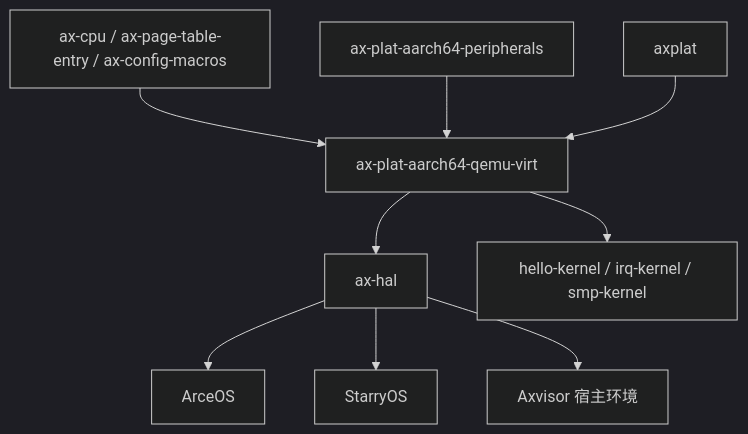
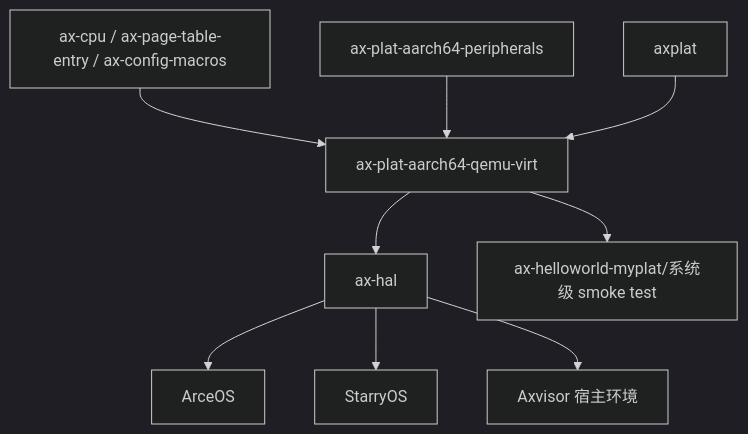
Before and after one commit to rcore-os/tgoskits: the second of 2 diagrams in docs/docs/components/crates/ax-plat-aarch64-qemu-virt.md, drawn with Mermaid (dark theme). The commit also changed other lines of this file and 42 other files, not shown here.

First line of the commit message:
Remove hello-kernel, irq-kernel, and smp-kernel examples

````diff
--- a/docs/docs/components/crates/ax-plat-aarch64-qemu-virt.md
+++ b/docs/docs/components/crates/ax-plat-aarch64-qemu-virt.md
@@ -216,11 +213,11 @@
 ```mermaid
 graph TD
     A[ax-cpu / ax-page-table-entry / ax-config-macros] --> B[ax-plat-aarch64-qemu-virt]
     C[ax-plat-aarch64-peripherals] --> B
     D[axplat] --> B
     B --> E[ax-hal]
-    B --> F[hello-kernel / irq-kernel / smp-kernel]
+    B --> F[ax-helloworld-myplat/系统级 smoke test]
     E --> G[ArceOS]
     E --> H[StarryOS]
     E --> I[Axvisor 宿主环境]
 ```
````
